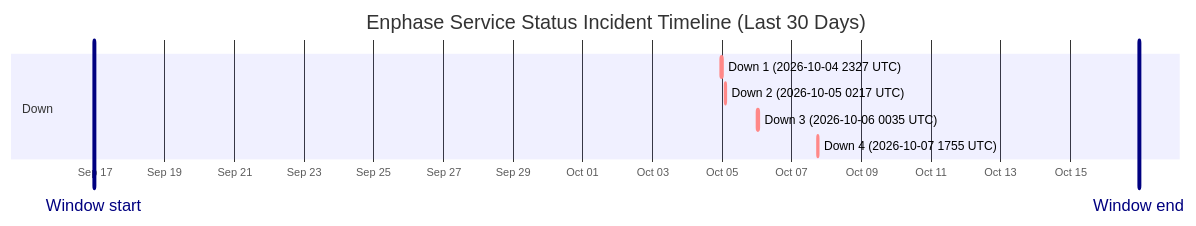
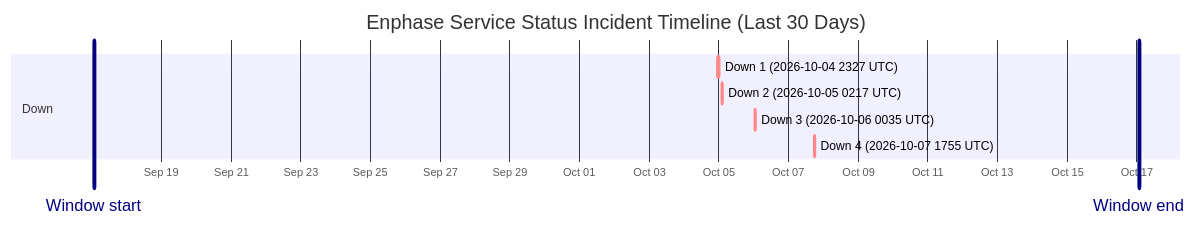
The diagram in wiki/Service-Status-History.md (barneyonline/ha-enphase-energy), drawn with Mermaid before and after one commit. The commit also changed other lines of this file and 3 other files, not shown here.

````diff
--- a/wiki/Service-Status-History.md
+++ b/wiki/Service-Status-History.md
@@ -14,13 +14,13 @@
 ```mermaid
 gantt
     title Enphase Service Status Incident Timeline (Last 30 Days)
     dateFormat  YYYY-MM-DDTHH:mm:ss
     axisFormat  %b %d
-    Window start :vert, window-start, 2026-09-16T23:14:50, 0ms
-    Window end :vert, window-end, 2026-10-16T23:14:50, 0ms
+    Window start :vert, window-start, 2026-09-17T01:24:07, 0ms
+    Window end :vert, window-end, 2026-10-17T01:24:07, 0ms
     section Down
     Down 1 (2026-10-04 2327 UTC) :crit, down-1, 2026-10-04T23:27:34, 60m
     Down 2 (2026-10-05 0217 UTC) :crit, down-2, 2026-10-05T02:17:30, 60m
     Down 3 (2026-10-06 0035 UTC) :crit, down-3, 2026-10-06T00:35:21, 60m
     Down 4 (2026-10-07 1755 UTC) :crit, down-4, 2026-10-07T17:55:16, 60m
 ```
````
